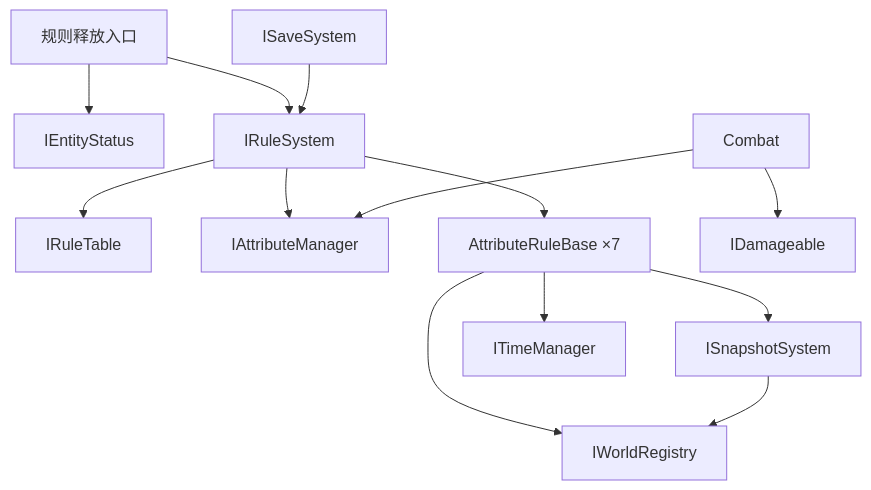
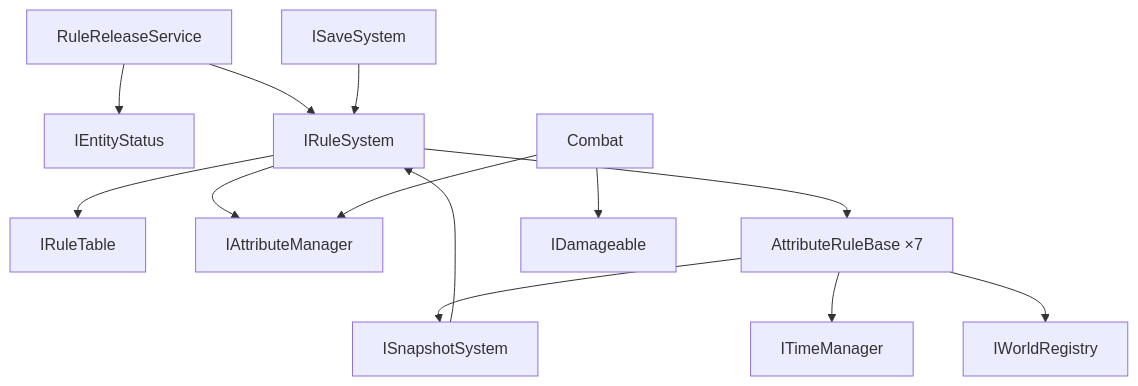
The fourth of 4 diagrams in Doc/接口与事件定义.md (MorrowHome/Project-Rule), drawn with Mermaid before and after one commit. The commit also changed other lines of this file, not shown here.

````diff
--- a/Doc/接口与事件定义.md
+++ b/Doc/接口与事件定义.md
@@ -560,15 +763,15 @@
 ```mermaid
 graph TD
-    Release[规则释放入口] --> Status[IEntityStatus]
+    Release[RuleReleaseService] --> Status[IEntityStatus]
     Release --> RuleSys[IRuleSystem]
     RuleSys --> Table[IRuleTable]
     RuleSys --> AttrMgr[IAttributeManager]
     RuleSys --> AttrRules[AttributeRuleBase ×7]
     AttrRules --> Snapshot[ISnapshotSystem]
     AttrRules --> TimeMgr[ITimeManager]
     AttrRules --> Registry[IWorldRegistry]
-    Snapshot --> Registry
+    Snapshot --> RuleSys
     Combat --> AttrMgr
     Combat --> Damageable[IDamageable]
     Save[ISaveSystem] --> RuleSys
 ```
````
